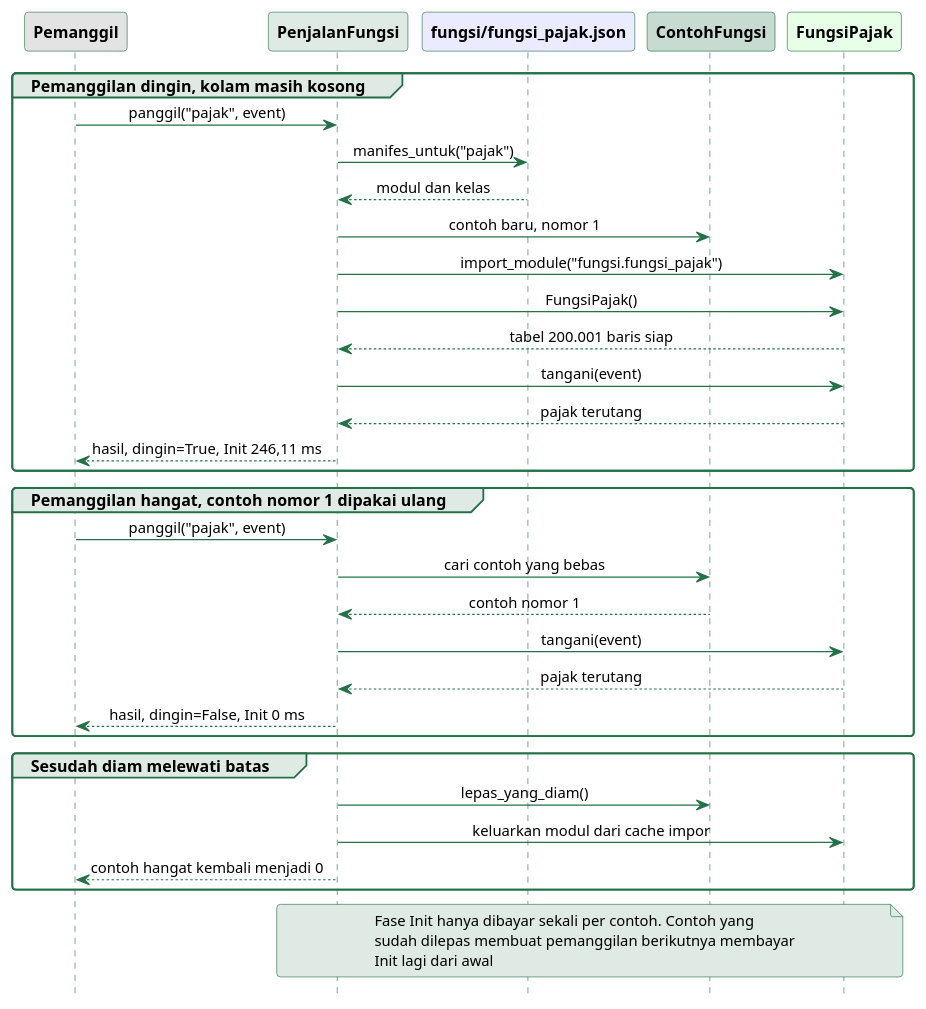
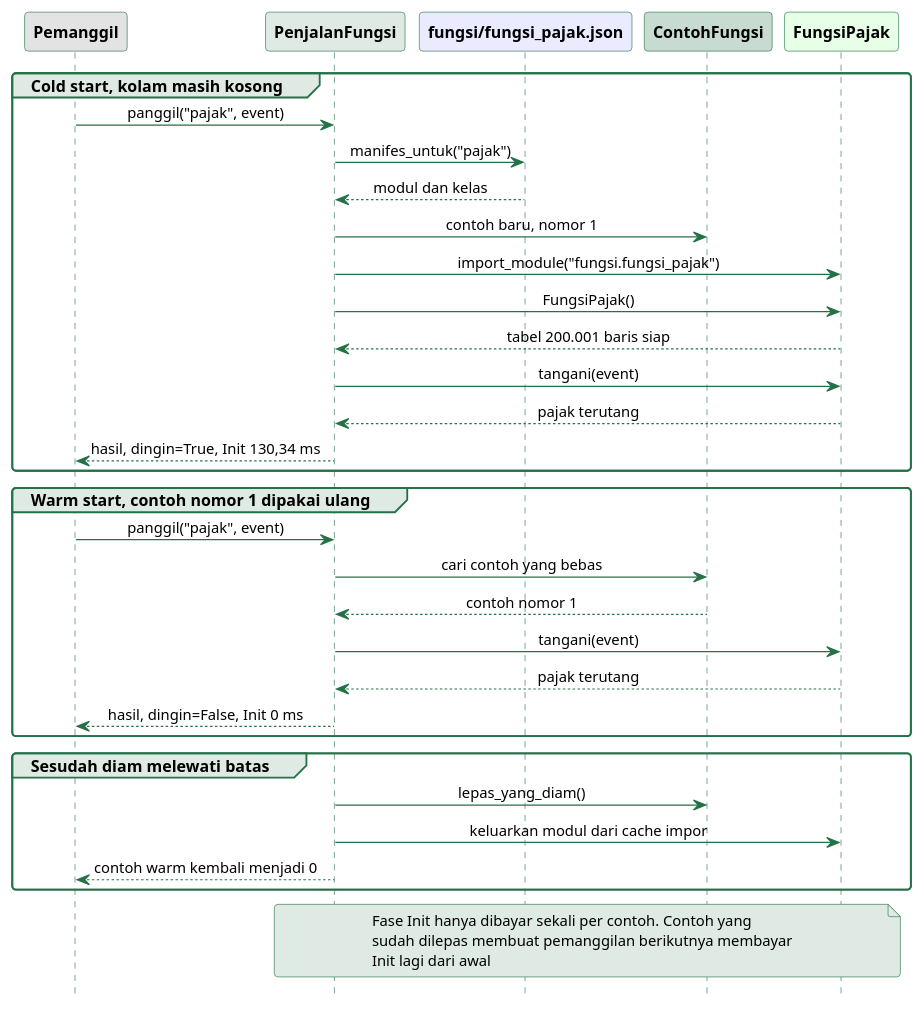
One commit to alfa-yohannis/software-architecture changed the diagram in sources/chapter14/diagram/sekuens-serverless.puml. Above: the diagram before and after it, drawn with PlantUML. The commit also changed other lines of this file and 19 other files, not shown here.

```diff
--- a/sources/chapter14/diagram/sekuens-serverless.puml
+++ b/sources/chapter14/diagram/sekuens-serverless.puml
@@ -13,66 +13,66 @@
 @startuml
 skinparam backgroundColor transparent
 skinparam defaultFontName Titillium Web
 skinparam defaultFontSize 13
 skinparam shadowing false
 skinparam roundCorner 6
 skinparam sequenceMessageAlignment center
 skinparam sequence {
   ArrowColor #257147
   ArrowFontSize 12
   LifeLineBorderColor #257147
   LifeLineBackgroundColor #DEEAE3
   ParticipantBorderColor #257147
   ParticipantFontColor black
   ParticipantFontSize 13
   ParticipantFontStyle bold
   GroupBackgroundColor #DEEAE3
   GroupBorderColor #257147
 }
 skinparam note {
   BackgroundColor #DEEAE3
   BorderColor #257147
   FontSize 12
 }
 hide footbox
 
 participant Pemanggil as U #E3E3E3
 participant PenjalanFungsi as P #DEEAE3
 participant "fungsi/fungsi_pajak.json" as M #EBEBFF
 participant ContohFungsi as C #C8DBD1
 participant FungsiPajak as F #E6FFE6
 
-group Pemanggilan dingin, kolam masih kosong
+group Cold start, kolam masih kosong
   U -> P : panggil("pajak", event)
   P -> M : manifes_untuk("pajak")
   M --> P : modul dan kelas
   P -> C : contoh baru, nomor 1
   P -> F : import_module("fungsi.fungsi_pajak")
   P -> F : FungsiPajak()
   F --> P : tabel 200.001 baris siap
   P -> F : tangani(event)
   F --> P : pajak terutang
-  P --> U : hasil, dingin=True, Init 246,11 ms
+  P --> U : hasil, dingin=True, Init 130,34 ms
 end
 
-group Pemanggilan hangat, contoh nomor 1 dipakai ulang
+group Warm start, contoh nomor 1 dipakai ulang
   U -> P : panggil("pajak", event)
   P -> C : cari contoh yang bebas
   C --> P : contoh nomor 1
   P -> F : tangani(event)
   F --> P : pajak terutang
   P --> U : hasil, dingin=False, Init 0 ms
 end
 
 group Sesudah diam melewati batas
   P -> C : lepas_yang_diam()
   P -> F : keluarkan modul dari cache impor
-  P --> U : contoh hangat kembali menjadi 0
+  P --> U : contoh warm kembali menjadi 0
 end
 
 note over P, F
   Fase Init hanya dibayar sekali per contoh. Contoh yang
   sudah dilepas membuat pemanggilan berikutnya membayar
   Init lagi dari awal
 end note
 @enduml
```
